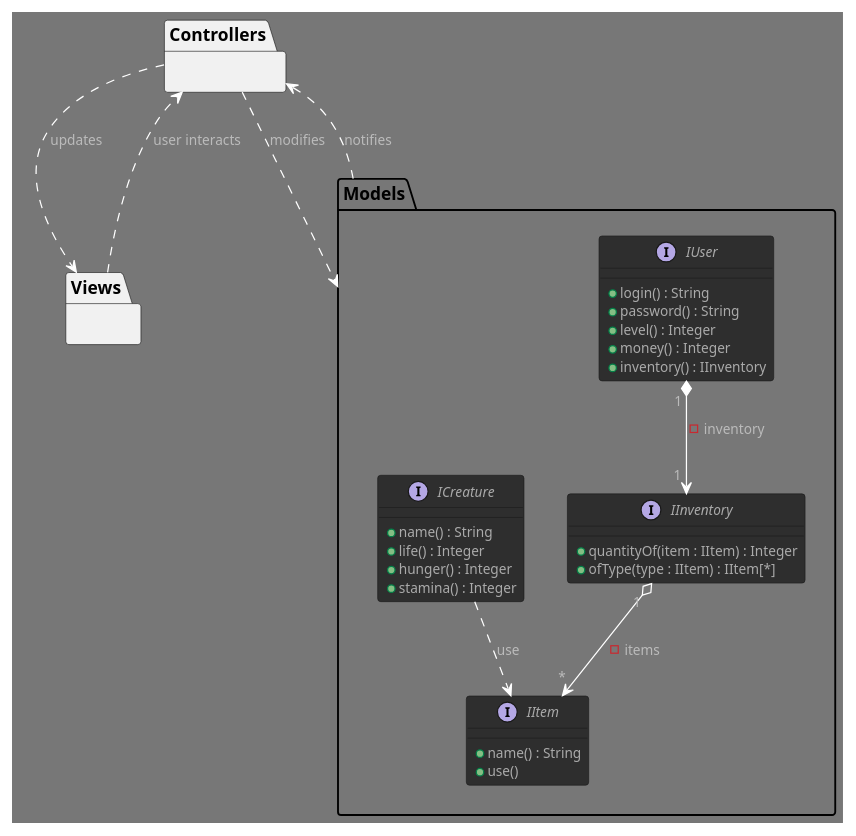
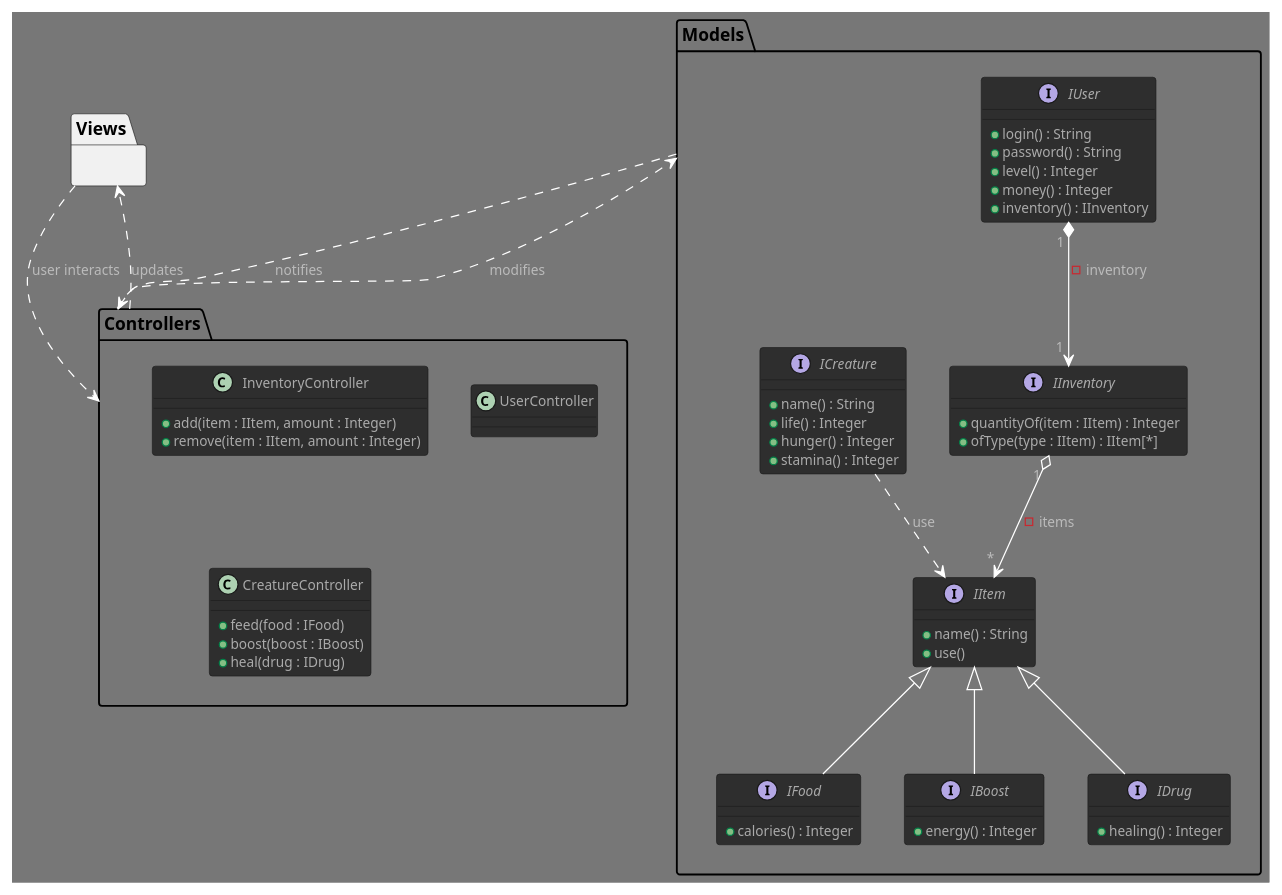
Before and after one commit to GlazKrovi/VirtualNoe: the diagram in VirtualNoe.puml, drawn with PlantUML.

Commit message:
define controllers

```diff
--- a/VirtualNoe.puml
+++ b/VirtualNoe.puml
@@ -1,60 +1,93 @@
 @startuml VirtualNoe
 
 !theme reddress-darkgreen
 
 package Models
 {
     interface IUser
     {
         + login() : String
         + password() : String
         + level() : Integer
         + money() : Integer
         + inventory() : IInventory
     }
 
     interface IInventory 
     { 
         + quantityOf(item : IItem) : Integer
         + ofType(type : IItem) : IItem[*]
     }
 
     interface IItem
     {
         + name() : String
         + use()
     }
 
+    interface IFood implements IItem
+    {
+        /' number of points added to hunger gauge '/
+        + calories() : Integer  
+    }
+
+    interface IBoost implements IItem
+    {
+        /' number of points added to stamina gauge '/
+        + energy() : Integer
+    }
+
+    interface IDrug implements IItem
+    {
+        /' number of points added to life gauge '/
+        + healing() : Integer
+    }
+
     interface ICreature 
     { 
         + name() : String
         + life() : Integer
         + hunger() : Integer
         + stamina() : Integer
     }
 }
 
 package Controllers 
 { 
-   
+    class InventoryController
+    {
+        + add(item : IItem, amount : Integer) 
+        + remove(item : IItem, amount : Integer)
+    }
 
+    class UserController
+    {
+        /' TODO - see laravel scaffolding system (make:auth), etc. '/
+    }
+
+    class CreatureController
+    {
+        + feed(food : IFood)
+        + boost(boost : IBoost)
+        + heal(drug : IDrug)
+    }
 }
 
 package Views 
 { 
     
 }
 
 /' RELATIONS '/
 IUser" 1 " *--> " 1 "IInventory : - inventory
 IInventory" 1 " o--> " * "IItem : - items
 ICreature ..> IItem : use               /' TODO - not sure '/
 
 
 /' MVC '/
 Controllers ..> Models : modifies
 Controllers ..> Views : updates
 Views ..> Controllers : user interacts
 Models ..> Controllers : notifies 
 
 @enduml
```
